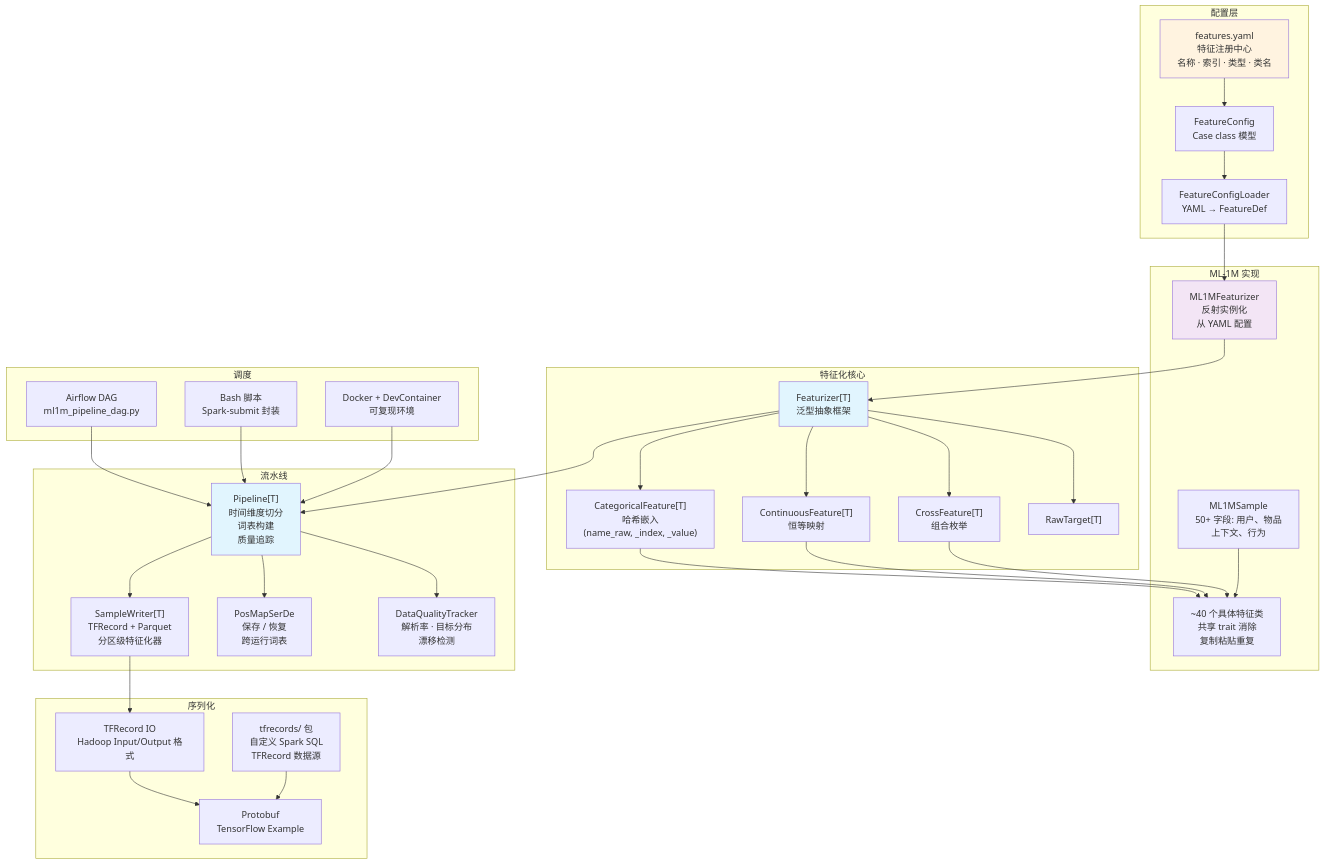
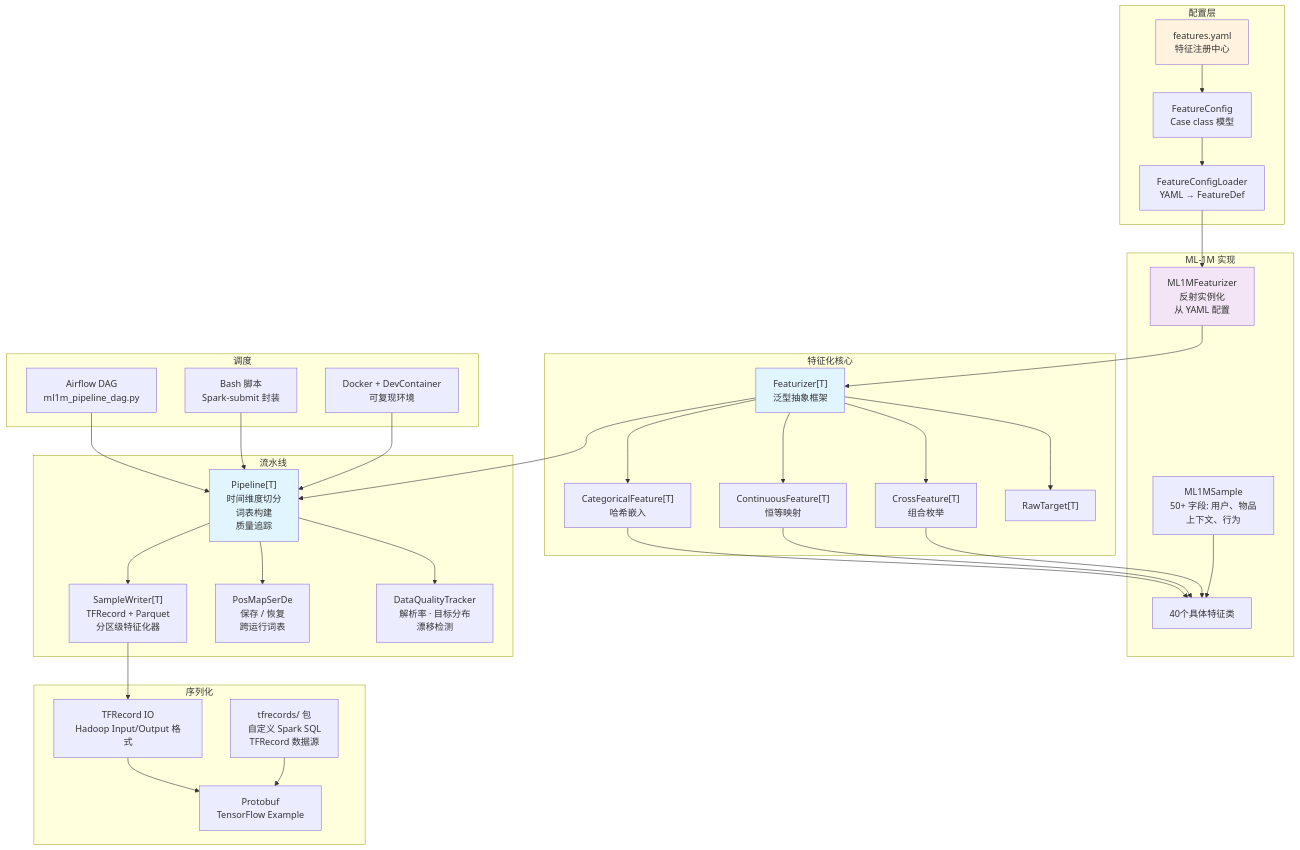
Before and after one commit to shardzhang/gerbil-data: the second of 2 diagrams in README_CH.md, drawn with Mermaid. The commit also changed other lines of this file and 5 other files, not shown here.

````diff
--- a/README_CH.md
+++ b/README_CH.md
@@ -137,58 +136,58 @@
 ```mermaid
 flowchart TD
     subgraph Config[配置层]
-        YAML[features.yaml<br/>特征注册中心<br/>名称 · 索引 · 类型 · 类名]
+        YAML[features.yaml<br/>特征注册中心]
         FC[FeatureConfig<br/>Case class 模型]
         CL[FeatureConfigLoader<br/>YAML → FeatureDef]
     end
 
     subgraph Core[特征化核心]
         FE["Featurizer[T]<br/>泛型抽象框架"]
-        CF["CategoricalFeature[T]<br/>哈希嵌入<br/>(name_raw, _index, _value)"]
+        CF["CategoricalFeature[T]<br/>哈希嵌入<br/>"]
         COF["ContinuousFeature[T]<br/>恒等映射"]
         XF["CrossFeature[T]<br/>组合枚举"]
         RT["RawTarget[T]"]
     end
 
     subgraph ML1M[ML-1M 实现]
         MF[ML1MFeaturizer<br/>反射实例化<br/>从 YAML 配置]
         MS[ML1MSample<br/>50+ 字段: 用户、物品<br/>上下文、行为]
-        UF[~40 个具体特征类<br/>共享 trait 消除<br/>复制粘贴重复]
+        UF[40个具体特征类]
     end
 
     subgraph Pipe[流水线]
         PL["Pipeline[T]<br/>时间维度切分<br/>词表构建<br/>质量追踪"]
         SW["SampleWriter[T]<br/>TFRecord + Parquet<br/>分区级特征化器"]
         PS[PosMapSerDe<br/>保存 / 恢复<br/>跨运行词表]
         QT[DataQualityTracker<br/>解析率 · 目标分布<br/>漂移检测]
     end
 
     subgraph Serde[序列化]
         TR[tfrecords/ 包<br/>自定义 Spark SQL<br/>TFRecord 数据源]
         TF[TFRecord IO<br/>Hadoop Input/Output 格式]
         PB[Protobuf<br/>TensorFlow Example]
     end
 
     subgraph Sched[调度]
         AD[Airflow DAG<br/>ml1m_pipeline_dag.py]
         SP[Bash 脚本<br/>Spark-submit 封装]
         DV[Docker + DevContainer<br/>可复现环境]
     end
 
     YAML --> FC --> CL --> MF
     MF --> FE
     FE --> CF & COF & XF & RT
     CF & COF & XF --> UF
     MS --> UF
     FE --> PL
     PL --> SW & PS & QT
     SW --> TF
     TF --> PB
     TR --> PB
     AD & SP & DV --> PL
 
     style FE fill:#e1f5fe
     style PL fill:#e1f5fe
     style YAML fill:#fff3e0
     style MF fill:#f3e5f5
 ```
````
